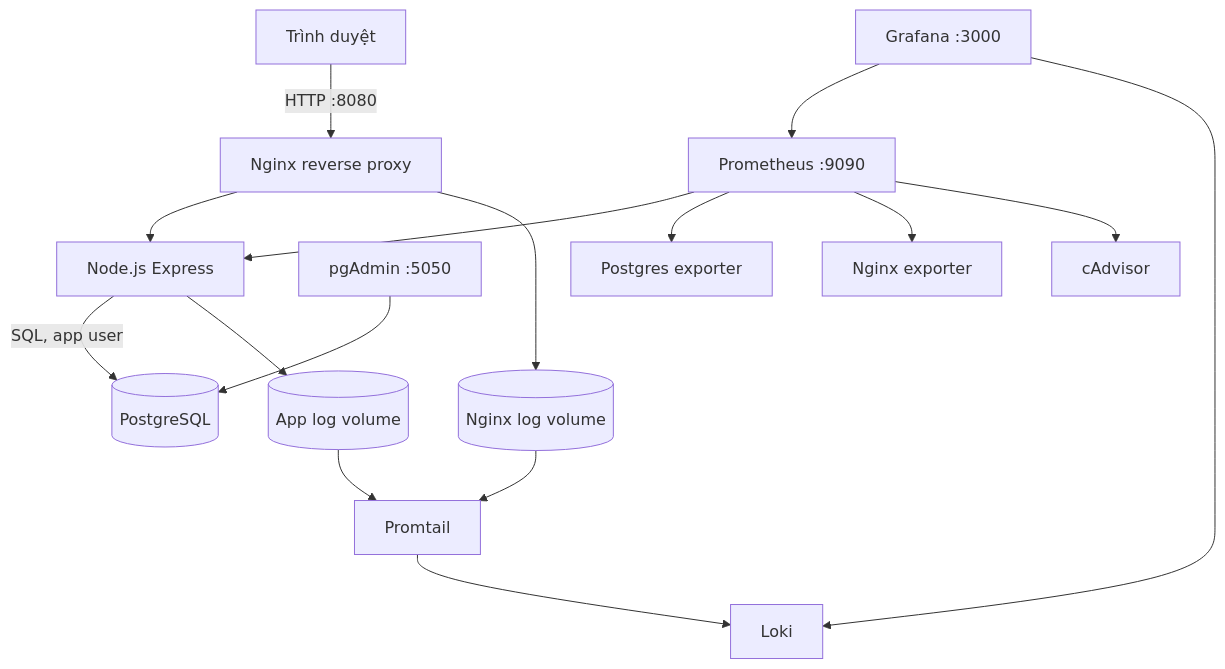
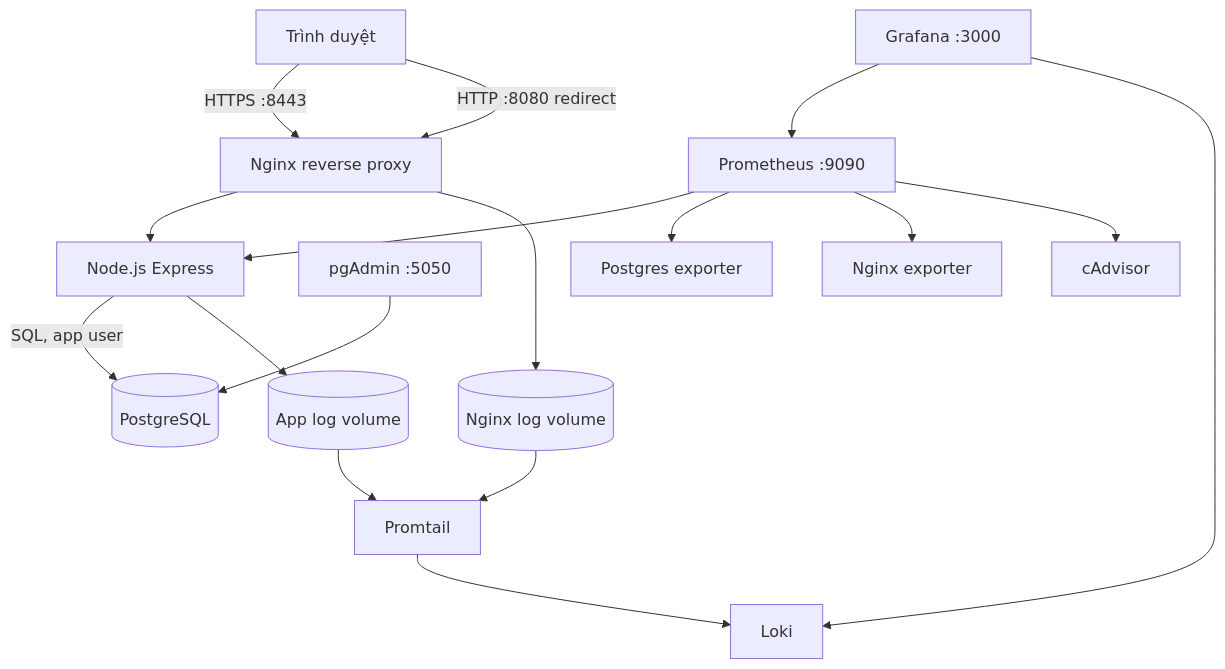
Before and after one commit to Khai-Kaito/De-tai-1: the diagram in docs/report.md, drawn with Mermaid. The commit also changed other lines of this file and 8 other files, not shown here.

````diff
--- a/docs/report.md
+++ b/docs/report.md
@@ -54,18 +54,19 @@
 ```mermaid
 flowchart TB
-  User[Trình duyệt] -->|HTTP :8080| Nginx[Nginx reverse proxy]
+  User[Trình duyệt] -->|HTTPS :8443| Nginx[Nginx reverse proxy]
+  User -->|HTTP :8080 redirect| Nginx
   Nginx --> App[Node.js Express]
   App -->|SQL, app user| DB[(PostgreSQL)]
   PgAdmin[pgAdmin :5050] --> DB
   Prom[Prometheus :9090] --> App
   Prom --> PgExp[Postgres exporter]
   Prom --> NgExp[Nginx exporter]
   Prom --> Cad[cAdvisor]
   Graf[Grafana :3000] --> Prom
   App --> ALog[(App log volume)]
   Nginx --> NLog[(Nginx log volume)]
   ALog --> Tail[Promtail]
   NLog --> Tail
   Tail --> Loki[Loki]
   Graf --> Loki
 ```
````
